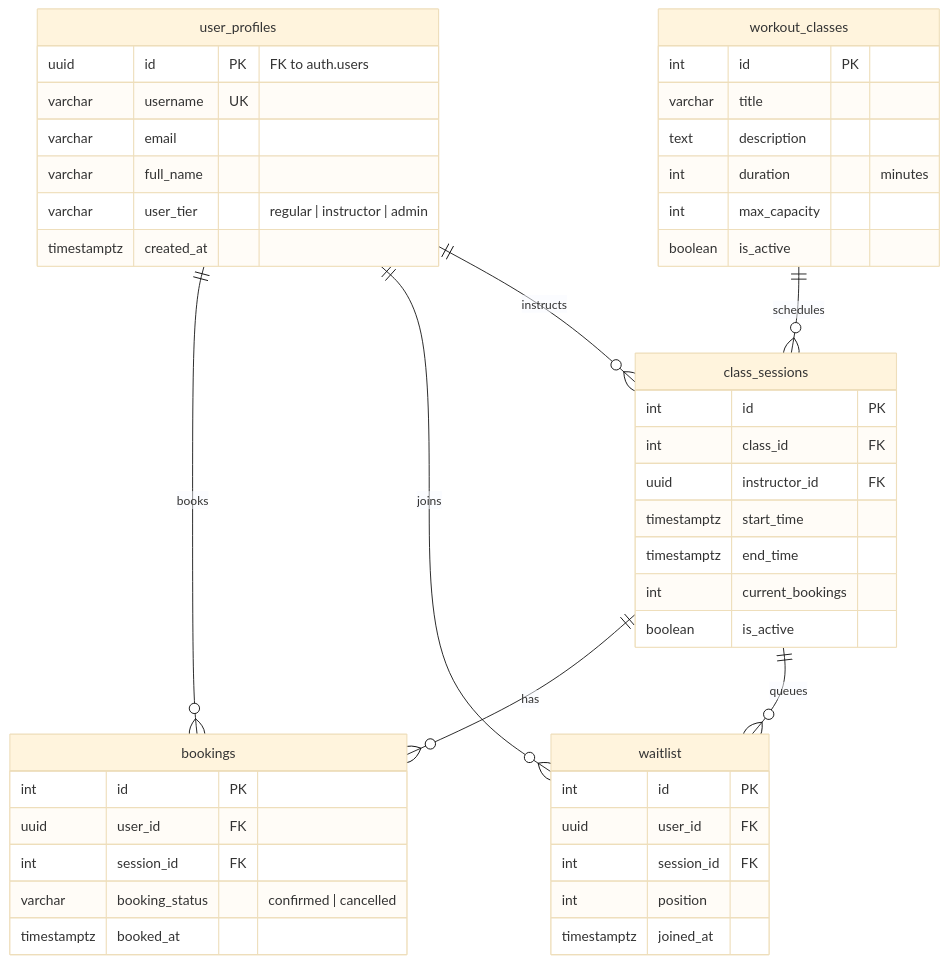
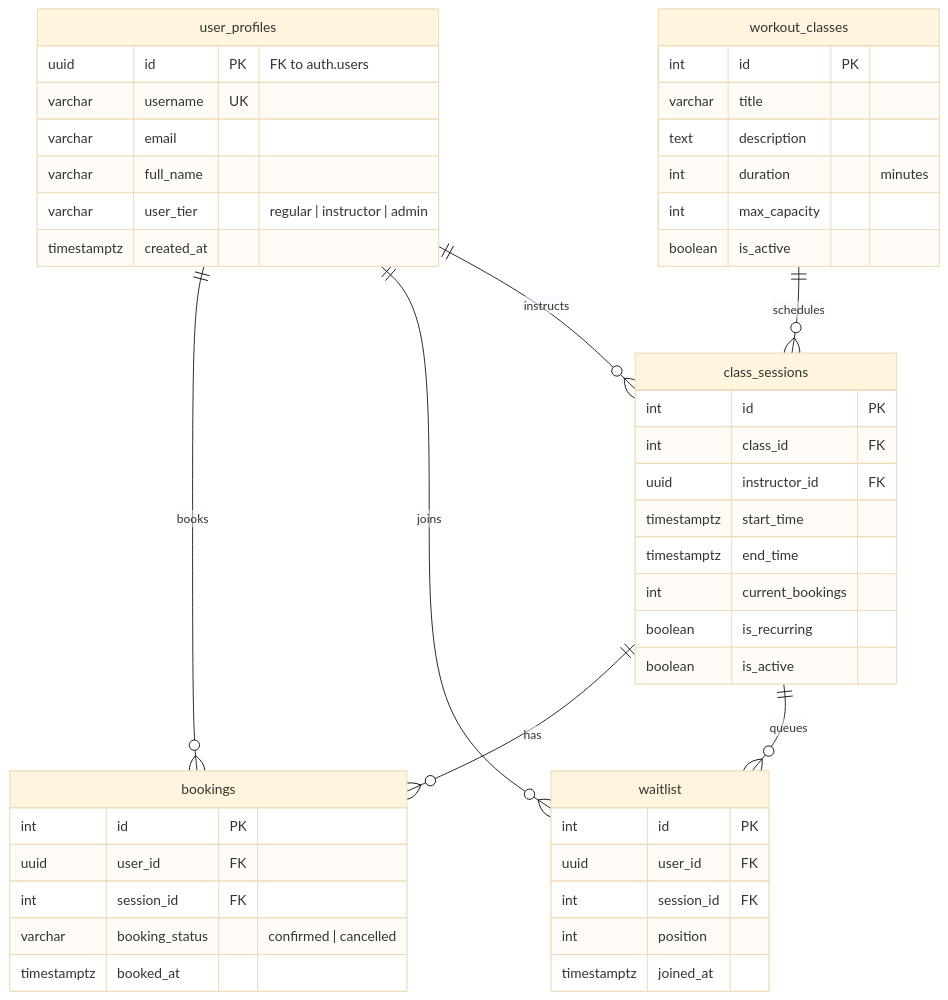
One commit to Stronkestape/workout-website changed the second of 2 diagrams in README.md. Above: the diagram before and after it, drawn with Mermaid (base theme). The commit also changed other lines of this file and 12 other files, not shown here.

````diff
--- a/README.md
+++ b/README.md
@@ -79,53 +80,54 @@
 ```mermaid
 erDiagram
     user_profiles ||--o{ bookings : "books"
     user_profiles ||--o{ waitlist : "joins"
     user_profiles ||--o{ class_sessions : "instructs"
     workout_classes ||--o{ class_sessions : "schedules"
     class_sessions ||--o{ bookings : "has"
     class_sessions ||--o{ waitlist : "queues"
 
     user_profiles {
         uuid id PK "FK to auth.users"
         varchar username UK
         varchar email
         varchar full_name
         varchar user_tier "regular | instructor | admin"
         timestamptz created_at
     }
 
     workout_classes {
         int id PK
         varchar title
         text description
         int duration "minutes"
         int max_capacity
         boolean is_active
     }
 
     class_sessions {
         int id PK
         int class_id FK
         uuid instructor_id FK
         timestamptz start_time
         timestamptz end_time
         int current_bookings
+        boolean is_recurring
         boolean is_active
     }
 
     bookings {
         int id PK
         uuid user_id FK
         int session_id FK
         varchar booking_status "confirmed | cancelled"
         timestamptz booked_at
     }
 
     waitlist {
         int id PK
         uuid user_id FK
         int session_id FK
         int position
         timestamptz joined_at
     }
 ```
````
